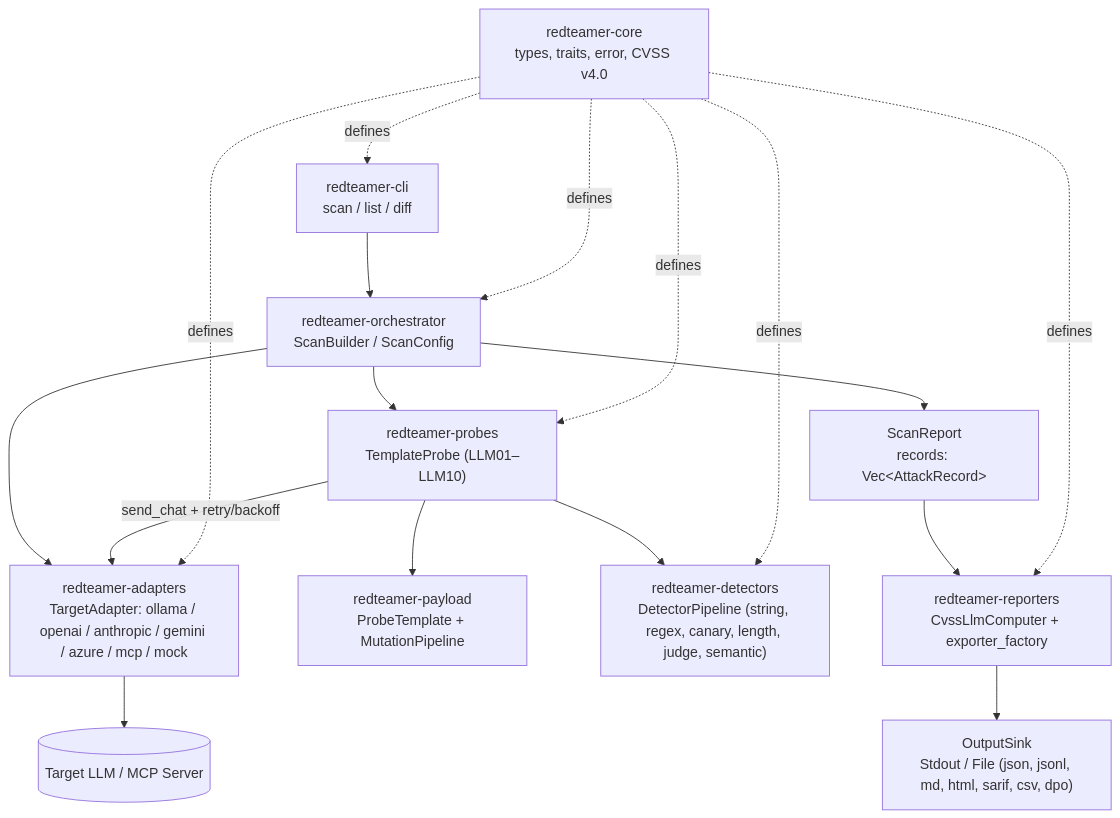
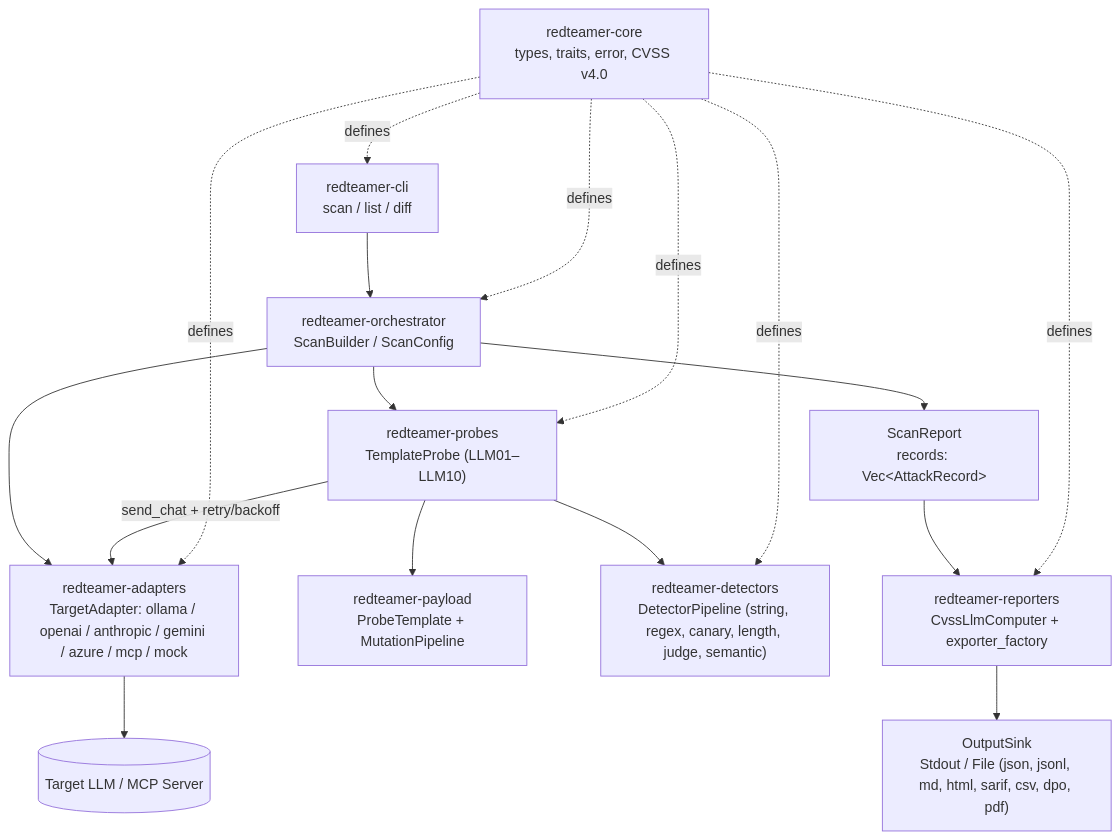
The diagram in README.md (omar-riadd/LLM-Red-Teaming), drawn with Mermaid before and after one commit. The commit also changed other lines of this file and 10 other files, not shown here.

Commit message:
feat(reporters): implement Phase 26 executive document exporter for PDF (FG1)

````diff
--- a/README.md
+++ b/README.md
@@ -7,19 +7,19 @@
 ```mermaid
 graph TD
   CLI["redteamer-cli<br/>scan / list / diff"] --> Orchestrator
   Orchestrator["redteamer-orchestrator<br/>ScanBuilder / ScanConfig"] --> Probes
   Orchestrator --> Adapters
   Probes["redteamer-probes<br/>TemplateProbe (LLM01–LLM10)"] --> Payload["redteamer-payload<br/>ProbeTemplate + MutationPipeline"]
   Adapters["redteamer-adapters<br/>TargetAdapter: ollama / openai / anthropic / gemini / azure / mcp / mock"] --> LLM[("Target LLM / MCP Server")]
   Probes -- "send_chat + retry/backoff" --> Adapters
   Probes --> Detectors["redteamer-detectors<br/>DetectorPipeline (string, regex, canary, length, judge, semantic)"]
   Orchestrator --> Report["ScanReport<br/>records: Vec&lt;AttackRecord&gt;"]
   Report --> Reporters["redteamer-reporters<br/>CvssLlmComputer + exporter_factory"]
-  Reporters --> Sink["OutputSink<br/>Stdout / File (json, jsonl, md, html, sarif, csv, dpo)"]
+  Reporters --> Sink["OutputSink<br/>Stdout / File (json, jsonl, md, html, sarif, csv, dpo, pdf)"]
   Core["redteamer-core<br/>types, traits, error, CVSS v4.0"] -. defines .-> CLI
   Core -. defines .-> Orchestrator
   Core -. defines .-> Probes
   Core -. defines .-> Adapters
   Core -. defines .-> Detectors
   Core -. defines .-> Reporters
 ```
````
